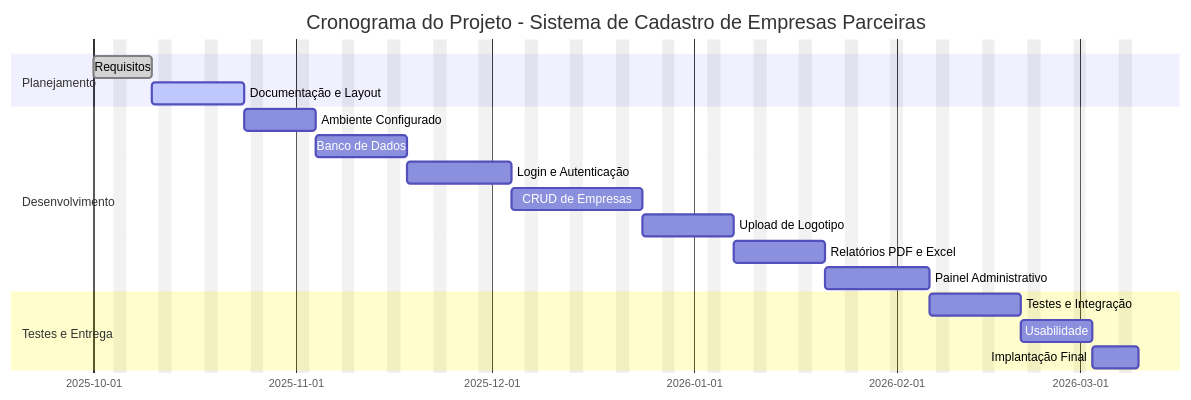
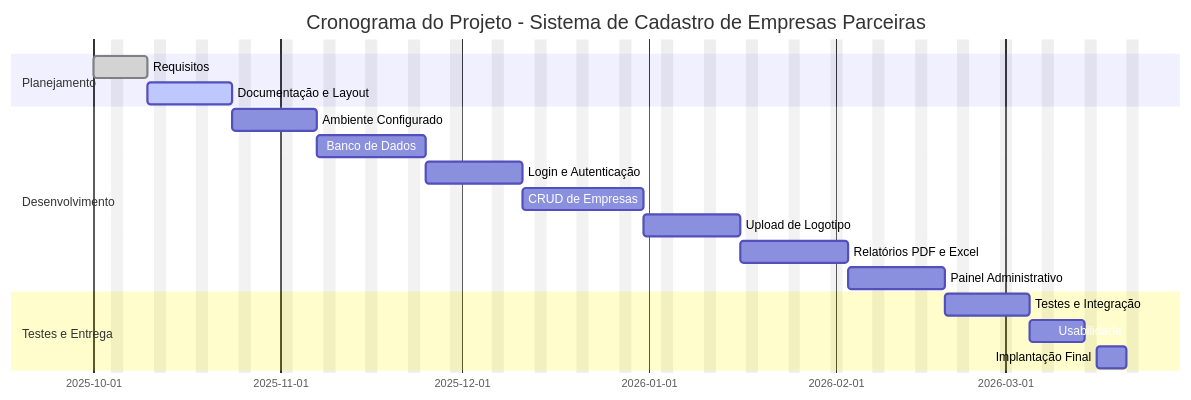
Before and after one commit to ViniSouzaCosta/atv-gantt-crystal: the diagram in README.md, drawn with Mermaid.

````diff
--- a/README.md
+++ b/README.md
@@ -3,28 +3,28 @@
 ```mermaid
-   gantt
+  gantt
     dateFormat  YYYY-MM-DD
     title Cronograma do Projeto - Sistema de Cadastro de Empresas Parceiras
     excludes weekends
 
     section Planejamento
     Requisitos                   :done,   reqs, 2025-10-01, 7d
     Documentação e Layout        :active, docs, after reqs, 10d
 
     section Desenvolvimento
-    Ambiente Configurado         :dev1, after docs, 7d
-    Banco de Dados               :dev2, after dev1, 10d
+    Ambiente Configurado         :dev1, after docs, 10d  
+    Banco de Dados               :dev2, after dev1, 12d  
     Login e Autenticação         :dev3, after dev2, 12d
     CRUD de Empresas             :dev4, after dev3, 14d
-    Upload de Logotipo           :dev5, after dev4, 10d
-    Relatórios PDF e Excel       :dev6, after dev5, 10d
+    Upload de Logotipo           :dev5, after dev4, 12d  
+    Relatórios PDF e Excel       :dev6, after dev5, 12d  
     Painel Administrativo        :dev7, after dev6, 12d
 
     section Testes e Entrega
     Testes e Integração          :qa1, after dev7, 10d
     Usabilidade                  :qa2, after qa1, 7d
     Implantação Final            :deliver, after qa2, 5d
 
 
 
 
   ```
````
